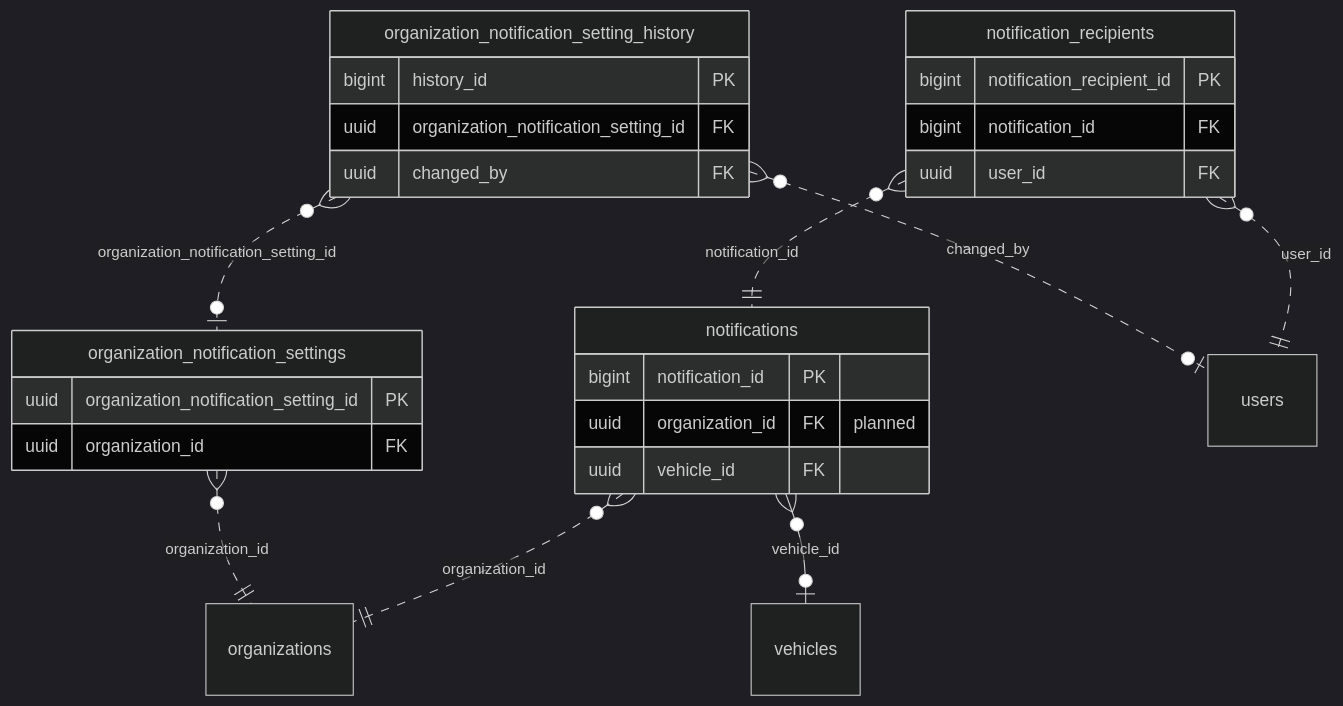
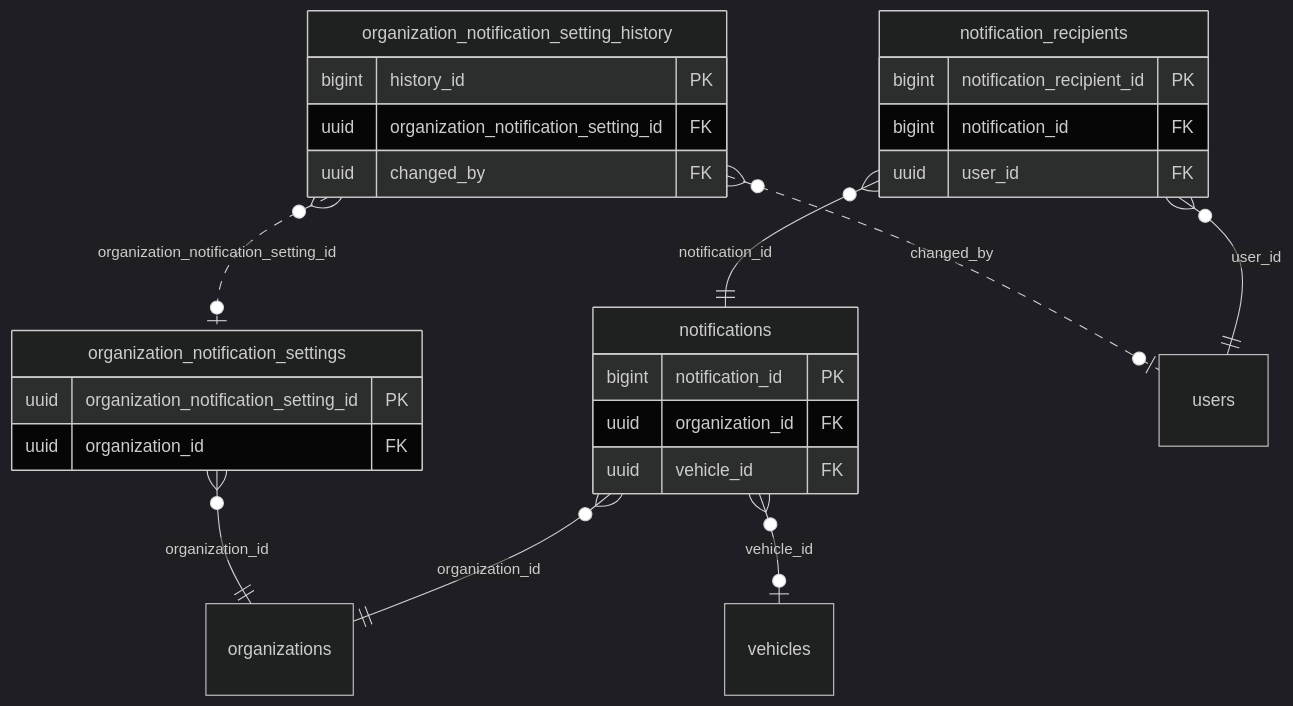
Before and after one commit to yolo-coccoc/G3Network-app: the diagram in docs/design/domain-model/domains/notifications.md, drawn with Mermaid (dark theme). The commit also changed other lines of this file and 66 other files, not shown here.

First line of the commit message:
feat(schema): finish the WP1 schema refactor (sessions, billing, notifications)

````diff
--- a/docs/design/domain-model/domains/notifications.md
+++ b/docs/design/domain-model/domains/notifications.md
@@ -17,29 +17,29 @@
 ```mermaid
 erDiagram
   notifications {
     bigint notification_id PK
-    uuid organization_id FK "planned"
+    uuid organization_id FK
     uuid vehicle_id FK
   }
   notification_recipients {
     bigint notification_recipient_id PK
     bigint notification_id FK
     uuid user_id FK
   }
   organization_notification_settings {
     uuid organization_notification_setting_id PK
     uuid organization_id FK
   }
   organization_notification_setting_history {
     bigint history_id PK
     uuid organization_notification_setting_id FK
     uuid changed_by FK
   }
-  notifications }o..|| organizations : "organization_id"
+  notifications }o--|| organizations : "organization_id"
   notifications }o--o| vehicles : "vehicle_id"
-  notification_recipients }o..|| notifications : "notification_id"
-  notification_recipients }o..|| users : "user_id"
-  organization_notification_settings }o..|| organizations : "organization_id"
+  notification_recipients }o--|| notifications : "notification_id"
+  notification_recipients }o--|| users : "user_id"
+  organization_notification_settings }o--|| organizations : "organization_id"
   organization_notification_setting_history }o..o| organization_notification_settings : "organization_notification_setting_id"
   organization_notification_setting_history }o..o| users : "changed_by"
 ```
````
